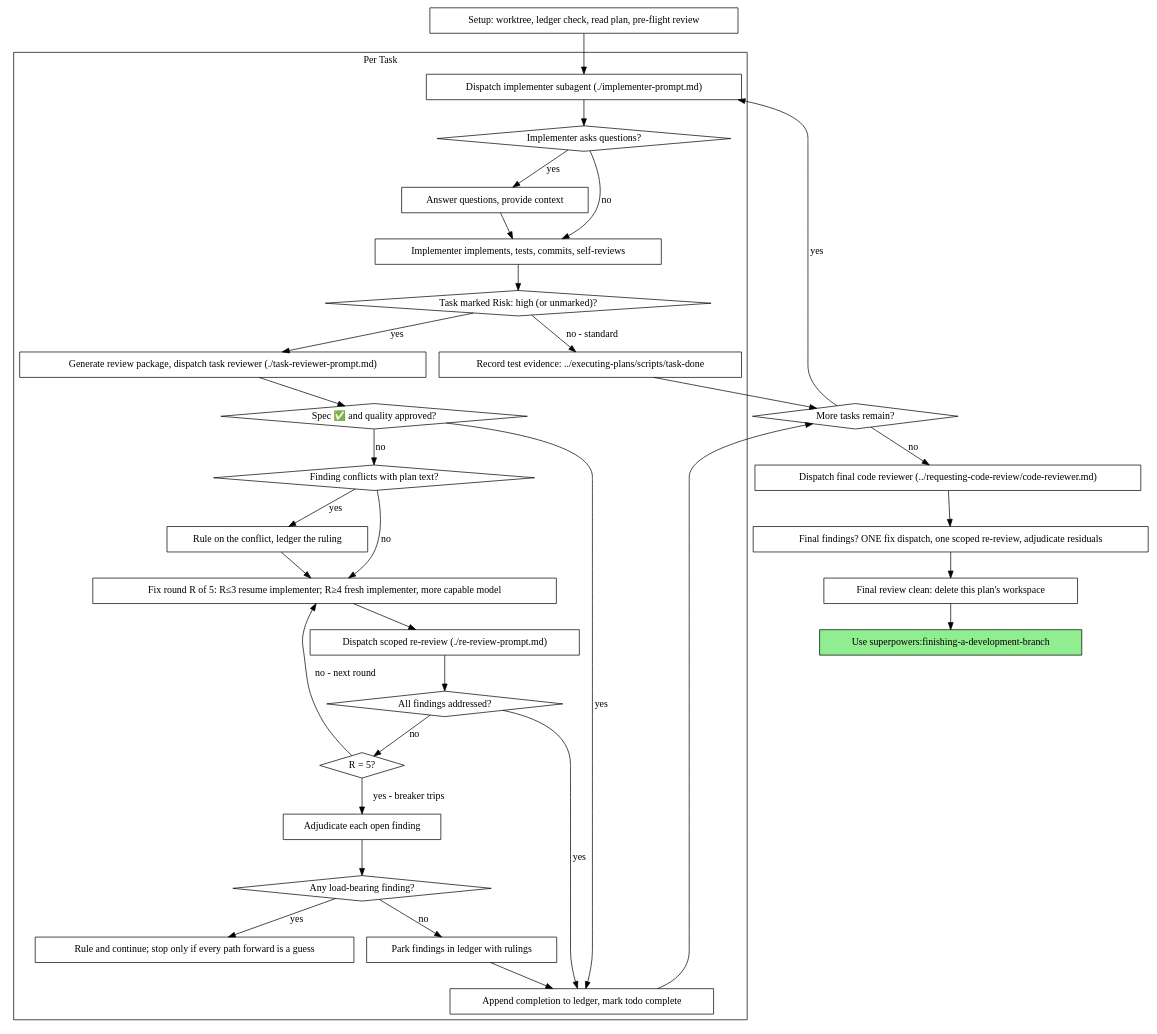
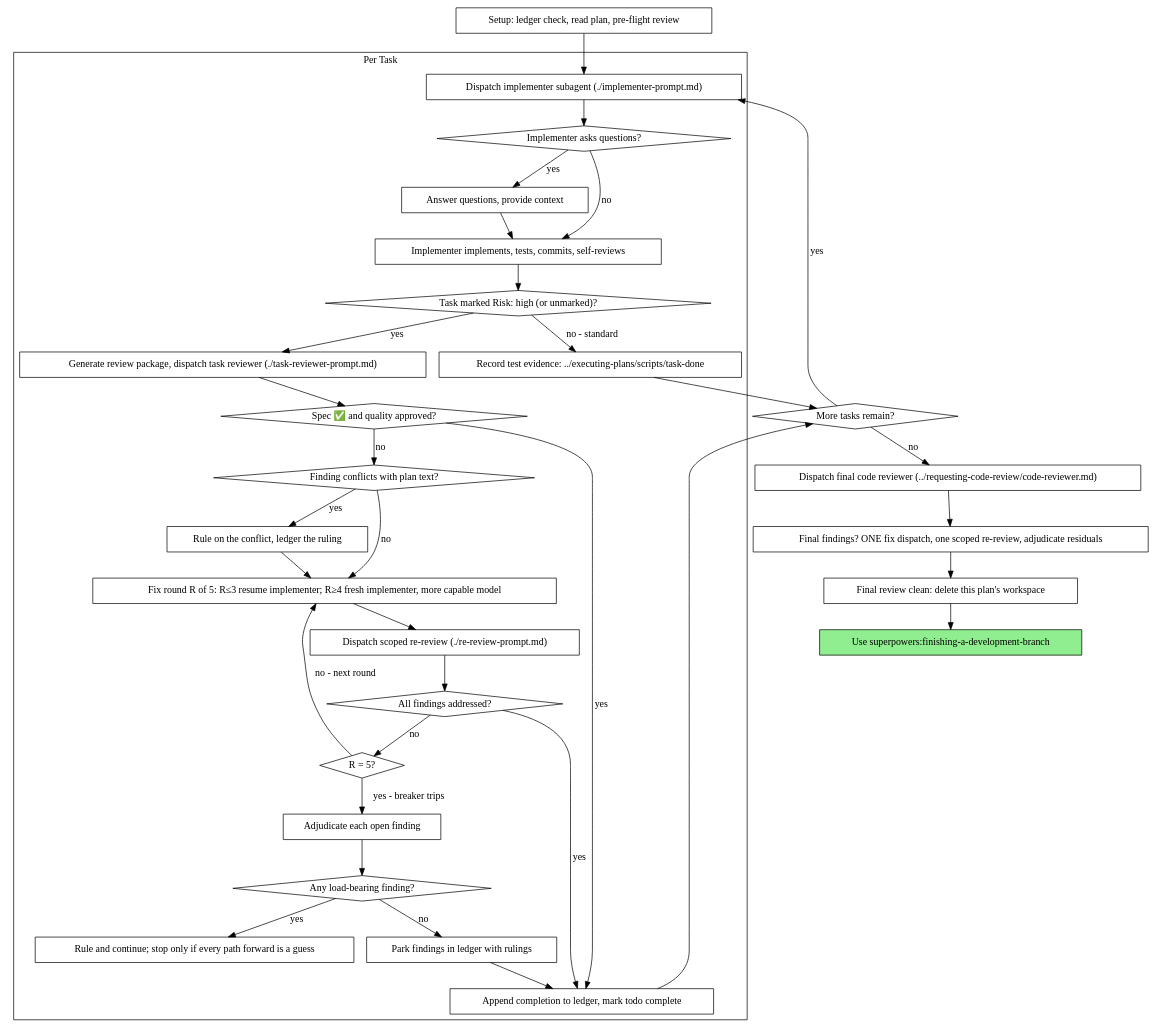
Before and after one commit to u007/superpowers: the second of 2 diagrams in skills/subagent-driven-development/SKILL.md, drawn with Graphviz. The commit also changed other lines of this file and 3 other files, not shown here.

First line of the commit message:
customize(skills): non-code plan detail level; worktree only on request

````diff
--- a/skills/subagent-driven-development/SKILL.md
+++ b/skills/subagent-driven-development/SKILL.md
@@ -61,67 +61,67 @@
 ```dot
 digraph process {
     rankdir=TB;
 
     subgraph cluster_per_task {
         label="Per Task";
         "Dispatch implementer subagent (./implementer-prompt.md)" [shape=box];
         "Implementer asks questions?" [shape=diamond];
         "Answer questions, provide context" [shape=box];
         "Implementer implements, tests, commits, self-reviews" [shape=box];
         "Task marked Risk: high (or unmarked)?" [shape=diamond];
         "Record test evidence: ../executing-plans/scripts/task-done" [shape=box];
         "Generate review package, dispatch task reviewer (./task-reviewer-prompt.md)" [shape=box];
         "Spec ✅ and quality approved?" [shape=diamond];
         "Finding conflicts with plan text?" [shape=diamond];
         "Rule on the conflict, ledger the ruling" [shape=box];
         "Fix round R of 5: R≤3 resume implementer; R≥4 fresh implementer, more capable model" [shape=box];
         "Dispatch scoped re-review (./re-review-prompt.md)" [shape=box];
         "All findings addressed?" [shape=diamond];
         "R = 5?" [shape=diamond];
         "Adjudicate each open finding" [shape=box];
         "Any load-bearing finding?" [shape=diamond];
         "Rule and continue; stop only if every path forward is a guess" [shape=box];
         "Park findings in ledger with rulings" [shape=box];
         "Append completion to ledger, mark todo complete" [shape=box];
     }
 
-    "Setup: worktree, ledger check, read plan, pre-flight review" [shape=box];
+    "Setup: ledger check, read plan, pre-flight review" [shape=box];
     "More tasks remain?" [shape=diamond];
     "Dispatch final code reviewer (../requesting-code-review/code-reviewer.md)" [shape=box];
     "Final findings? ONE fix dispatch, one scoped re-review, adjudicate residuals" [shape=box];
     "Final review clean: delete this plan's workspace" [shape=box];
     "Use superpowers:finishing-a-development-branch" [shape=box style=filled fillcolor=lightgreen];
 
-    "Setup: worktree, ledger check, read plan, pre-flight review" -> "Dispatch implementer subagent (./implementer-prompt.md)";
+    "Setup: ledger check, read plan, pre-flight review" -> "Dispatch implementer subagent (./implementer-prompt.md)";
     "Dispatch implementer subagent (./implementer-prompt.md)" -> "Implementer asks questions?";
     "Implementer asks questions?" -> "Answer questions, provide context" [label="yes"];
     "Answer questions, provide context" -> "Implementer implements, tests, commits, self-reviews";
     "Implementer asks questions?" -> "Implementer implements, tests, commits, self-reviews" [label="no"];
     "Implementer implements, tests, commits, self-reviews" -> "Task marked Risk: high (or unmarked)?";
     "Task marked Risk: high (or unmarked)?" -> "Generate review package, dispatch task reviewer (./task-reviewer-prompt.md)" [label="yes"];
     "Task marked Risk: high (or unmarked)?" -> "Record test evidence: ../executing-plans/scripts/task-done" [label="no - standard"];
     "Record test evidence: ../executing-plans/scripts/task-done" -> "More tasks remain?";
     "Generate review package, dispatch task reviewer (./task-reviewer-prompt.md)" -> "Spec ✅ and quality approved?";
     "Spec ✅ and quality approved?" -> "Append completion to ledger, mark todo complete" [label="yes"];
     "Spec ✅ and quality approved?" -> "Finding conflicts with plan text?" [label="no"];
     "Finding conflicts with plan text?" -> "Rule on the conflict, ledger the ruling" [label="yes"];
     "Rule on the conflict, ledger the ruling" -> "Fix round R of 5: R≤3 resume implementer; R≥4 fresh implementer, more capable model";
     "Finding conflicts with plan text?" -> "Fix round R of 5: R≤3 resume implementer; R≥4 fresh implementer, more capable model" [label="no"];
     "Fix round R of 5: R≤3 resume implementer; R≥4 fresh implementer, more capable model" -> "Dispatch scoped re-review (./re-review-prompt.md)";
     "Dispatch scoped re-review (./re-review-prompt.md)" -> "All findings addressed?";
     "All findings addressed?" -> "Append completion to ledger, mark todo complete" [label="yes"];
     "All findings addressed?" -> "R = 5?" [label="no"];
     "R = 5?" -> "Fix round R of 5: R≤3 resume implementer; R≥4 fresh implementer, more capable model" [label="no - next round"];
     "R = 5?" -> "Adjudicate each open finding" [label="yes - breaker trips"];
     "Adjudicate each open finding" -> "Any load-bearing finding?";
     "Any load-bearing finding?" -> "Rule and continue; stop only if every path forward is a guess" [label="yes"];
     "Any load-bearing finding?" -> "Park findings in ledger with rulings" [label="no"];
     "Park findings in ledger with rulings" -> "Append completion to ledger, mark todo complete";
     "Append completion to ledger, mark todo complete" -> "More tasks remain?";
     "More tasks remain?" -> "Dispatch implementer subagent (./implementer-prompt.md)" [label="yes"];
     "More tasks remain?" -> "Dispatch final code reviewer (../requesting-code-review/code-reviewer.md)" [label="no"];
     "Dispatch final code reviewer (../requesting-code-review/code-reviewer.md)" -> "Final findings? ONE fix dispatch, one scoped re-review, adjudicate residuals";
     "Final findings? ONE fix dispatch, one scoped re-review, adjudicate residuals" -> "Final review clean: delete this plan's workspace";
     "Final review clean: delete this plan's workspace" -> "Use superpowers:finishing-a-development-branch";
 }
 ```
````
